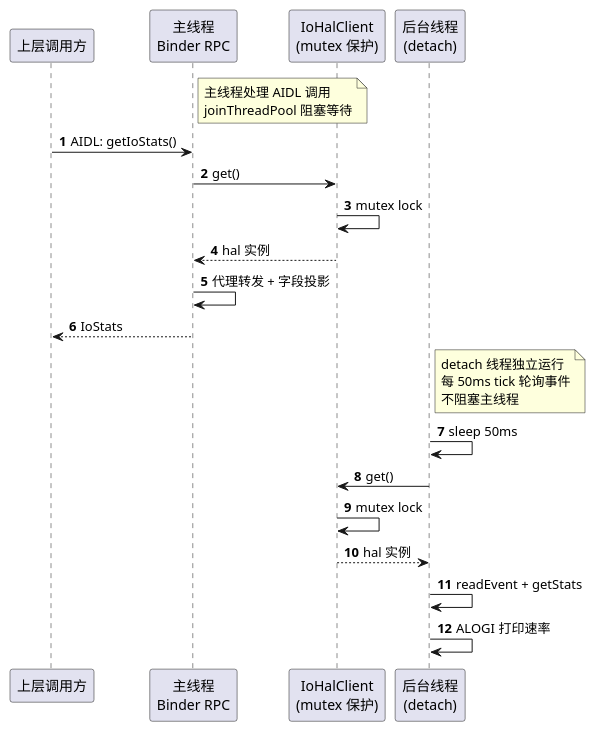
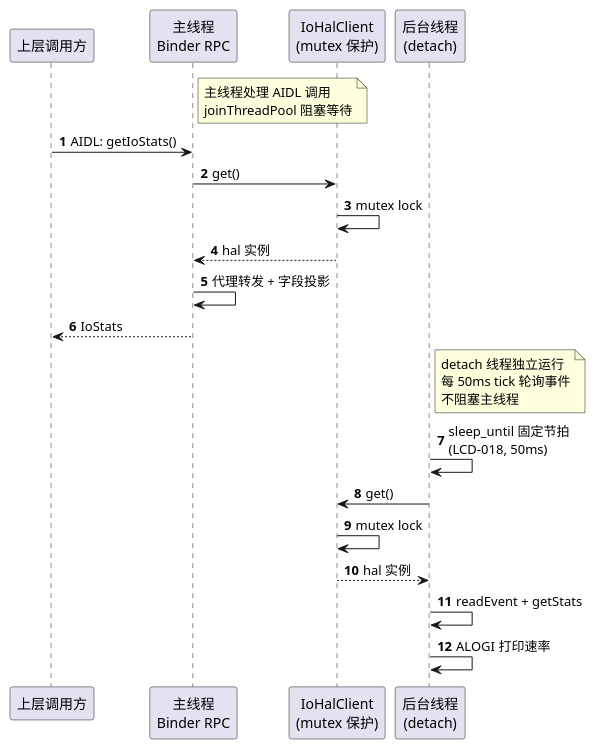
The seventh of 17 diagrams in docs/02-IO增强/02.03-Daemon增强-lciod-daemon.md (lechao365/AndroidSystemEnhance), drawn with PlantUML before and after one commit. The commit also changed other lines of this file and 184 other files, not shown here.

````diff
--- a/docs/02-IO增强/02.03-Daemon增强-lciod-daemon.md
+++ b/docs/02-IO增强/02.03-Daemon增强-lciod-daemon.md
@@ -272,27 +277,27 @@
 ```plantuml
 @startuml
 autonumber
 participant "上层调用方" as UP
 participant "主线程\nBinder RPC" as MAIN
 participant "IoHalClient\n(mutex 保护)" as CLIENT
 participant "后台线程\n(detach)" as MON
 
 note right of MAIN: 主线程处理 AIDL 调用\njoinThreadPool 阻塞等待
 
 UP -> MAIN : AIDL: getIoStats()
 MAIN -> CLIENT : get()
 CLIENT -> CLIENT : mutex lock
 CLIENT --> MAIN : hal 实例
 MAIN -> MAIN : 代理转发 + 字段投影
 MAIN --> UP : IoStats
 
 note right of MON: detach 线程独立运行\n每 50ms tick 轮询事件\n不阻塞主线程
 
-MON -> MON : sleep 50ms
+MON -> MON : sleep_until 固定节拍\n(LCD-018, 50ms)
 MON -> CLIENT : get()
 CLIENT -> CLIENT : mutex lock
 CLIENT --> MON : hal 实例
 MON -> MON : readEvent + getStats
 MON -> MON : ALOGI 打印速率
 @enduml
 ```
````
